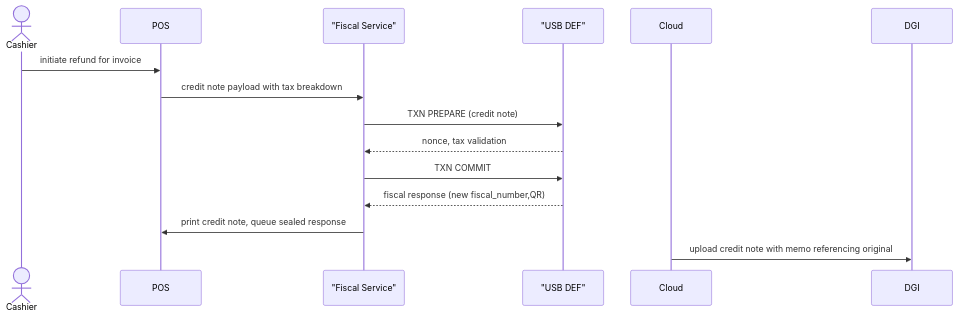
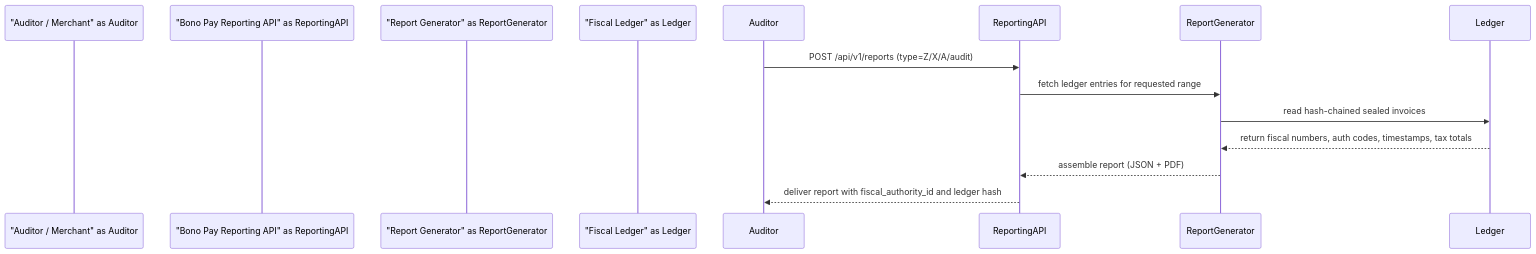
One commit to kupapay/docs changed the fifth of 5 diagrams in design/docs/architecture/data-flow.md. Above: the diagram before and after it, drawn with Mermaid. The commit also changed other lines of this file and 3 other files, not shown here.

````diff
--- a/design/docs/architecture/data-flow.md
+++ b/design/docs/architecture/data-flow.md
@@ -87,18 +112,14 @@
 ```mermaid
 sequenceDiagram
-    actor Cashier
-    participant POS
-    participant FiscalService as "Fiscal Service"
-    participant DEF as "USB DEF"
-    participant Cloud
-    participant DGI
+    participant "Auditor / Merchant" as Auditor
+    participant "Bono Pay Reporting API" as ReportingAPI
+    participant "Report Generator" as ReportGenerator
+    participant "Fiscal Ledger" as Ledger
 
-    Cashier->>POS: initiate refund for invoice #123
-    POS->>FiscalService: credit note payload with tax breakdown
-    FiscalService->>DEF: TXN PREPARE (credit note)
-    DEF-->>FiscalService: nonce, tax validation
-    FiscalService->>DEF: TXN COMMIT
-    DEF-->>FiscalService: fiscal response (new fiscal_number,QR)
-    FiscalService->>POS: print credit note, queue sealed response
-    Cloud->>DGI: upload credit note with memo referencing original
+    Auditor->>ReportingAPI: POST /api/v1/reports (type=Z/X/A/audit)
+    ReportingAPI->>ReportGenerator: fetch ledger entries for requested range
+    ReportGenerator->>Ledger: read hash-chained sealed invoices
+    Ledger-->>ReportGenerator: return fiscal numbers, auth codes, timestamps, tax totals
+    ReportGenerator-->>ReportingAPI: assemble report (JSON + PDF)
+    ReportingAPI-->>Auditor: deliver report with fiscal_authority_id and ledger hash
 ```
````
